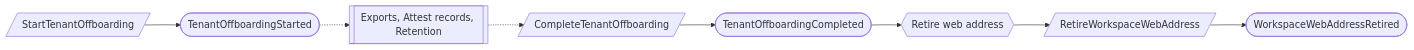
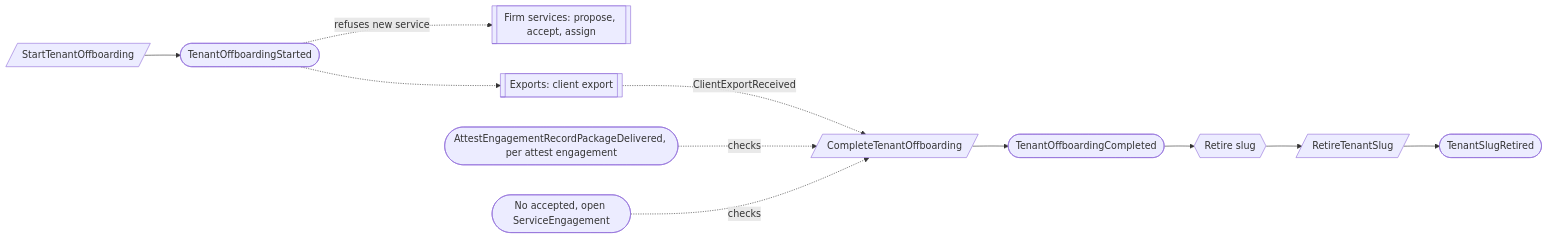
Diagram 11 of 11 in docs/proposed/contexts/platform-access.md (bdgrz/compliance-core), drawn with Mermaid before and after one commit. The commit also changed other lines of this file and 310 other files, not shown here.

````diff
--- a/docs/proposed/contexts/platform-access.md
+++ b/docs/proposed/contexts/platform-access.md
@@ -518,7 +622,11 @@
 ```mermaid
 flowchart LR
     C1[/StartTenantOffboarding/] --> E1([TenantOffboardingStarted])
-    E1 -.-> X1[[Exports, Attest records, Retention]]
-    X1 -.-> C2[/CompleteTenantOffboarding/] --> E2([TenantOffboardingCompleted])
-    E2 --> R1{{Retire web address}} --> C3[/RetireWorkspaceWebAddress/] --> E3([WorkspaceWebAddressRetired])
+    E1 -. "refuses new service" .-> F1[[Firm services: propose, accept, assign]]
+    E1 -.-> X1[[Exports: client export]]
+    X1 -. "ClientExportReceived" .-> C2
+    P1([AttestEngagementRecordPackageDelivered, per attest engagement]) -. checks .-> C2
+    S1([No accepted, open ServiceEngagement]) -. checks .-> C2
+    C2[/CompleteTenantOffboarding/] --> E2([TenantOffboardingCompleted])
+    E2 --> R1{{Retire slug}} --> C3[/RetireTenantSlug/] --> E3([TenantSlugRetired])
 ```
````
